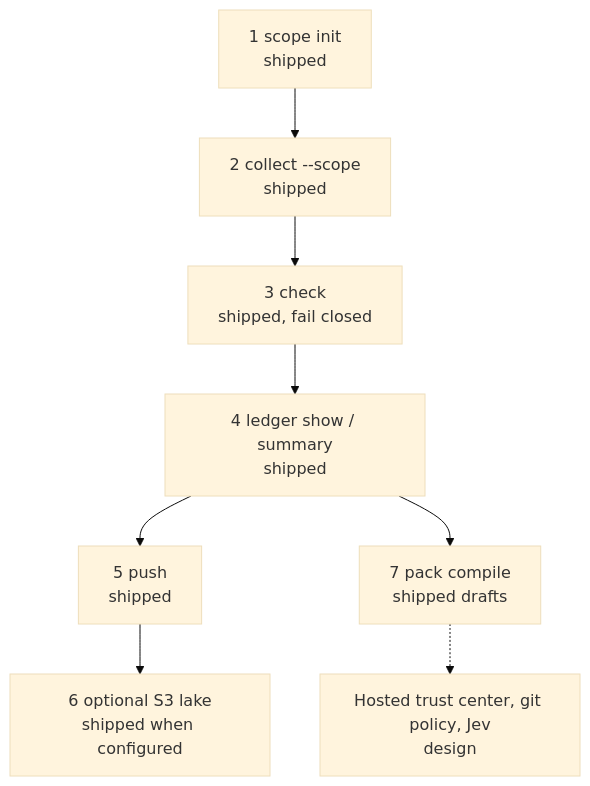
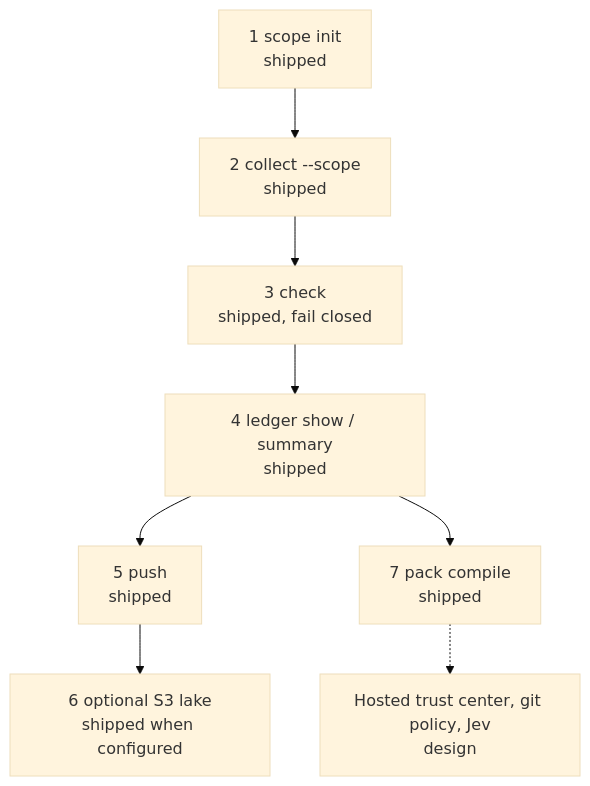
Before and after one commit to kfcain/beacon: the diagram in docs/HOW_IT_WORKS.md, drawn with Mermaid (base theme). The commit also changed other lines of this file and 1 other file, not shown here.

Commit message:
Name pack compile as a shipped draft, not a submission.
State the beacon-20x-draft/v1 format, package_gaps, and not-fetched CR26 schemas on the README path and in HOW_IT_WORKS.

````diff
--- a/docs/HOW_IT_WORKS.md
+++ b/docs/HOW_IT_WORKS.md
@@ -17,15 +17,15 @@
 ```mermaid
 flowchart TD
   scope["1 scope init<br/>shipped"]
   collect["2 collect --scope<br/>shipped"]
   check["3 check<br/>shipped, fail closed"]
   ledger["4 ledger show / summary<br/>shipped"]
   push["5 push<br/>shipped"]
   lake["6 optional S3 lake<br/>shipped when configured"]
-  compile["7 pack compile<br/>shipped drafts"]
+  compile["7 pack compile<br/>shipped"]
   later["Hosted trust center, git policy, Jev<br/>design"]
 
   scope --> collect --> check --> ledger --> push --> lake
   ledger --> compile
   compile -.-> later
 ```
````
